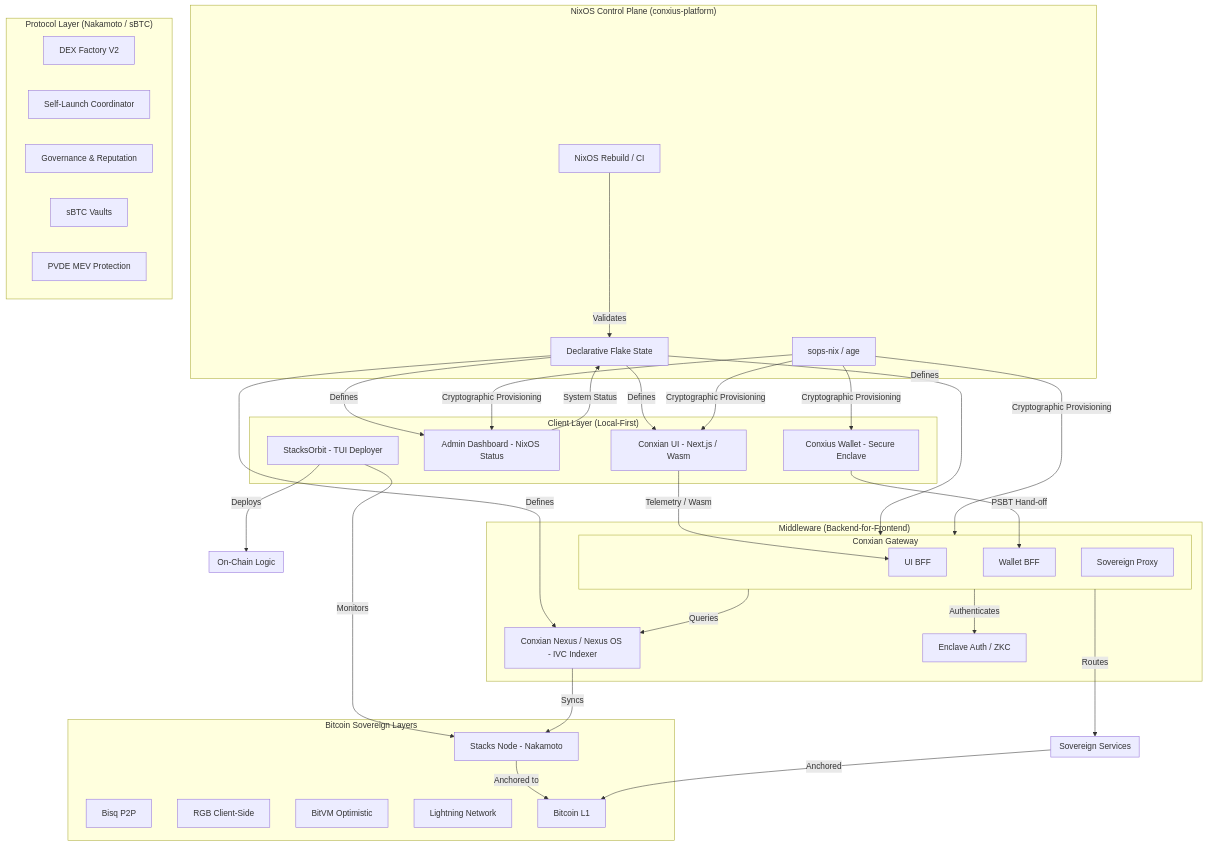
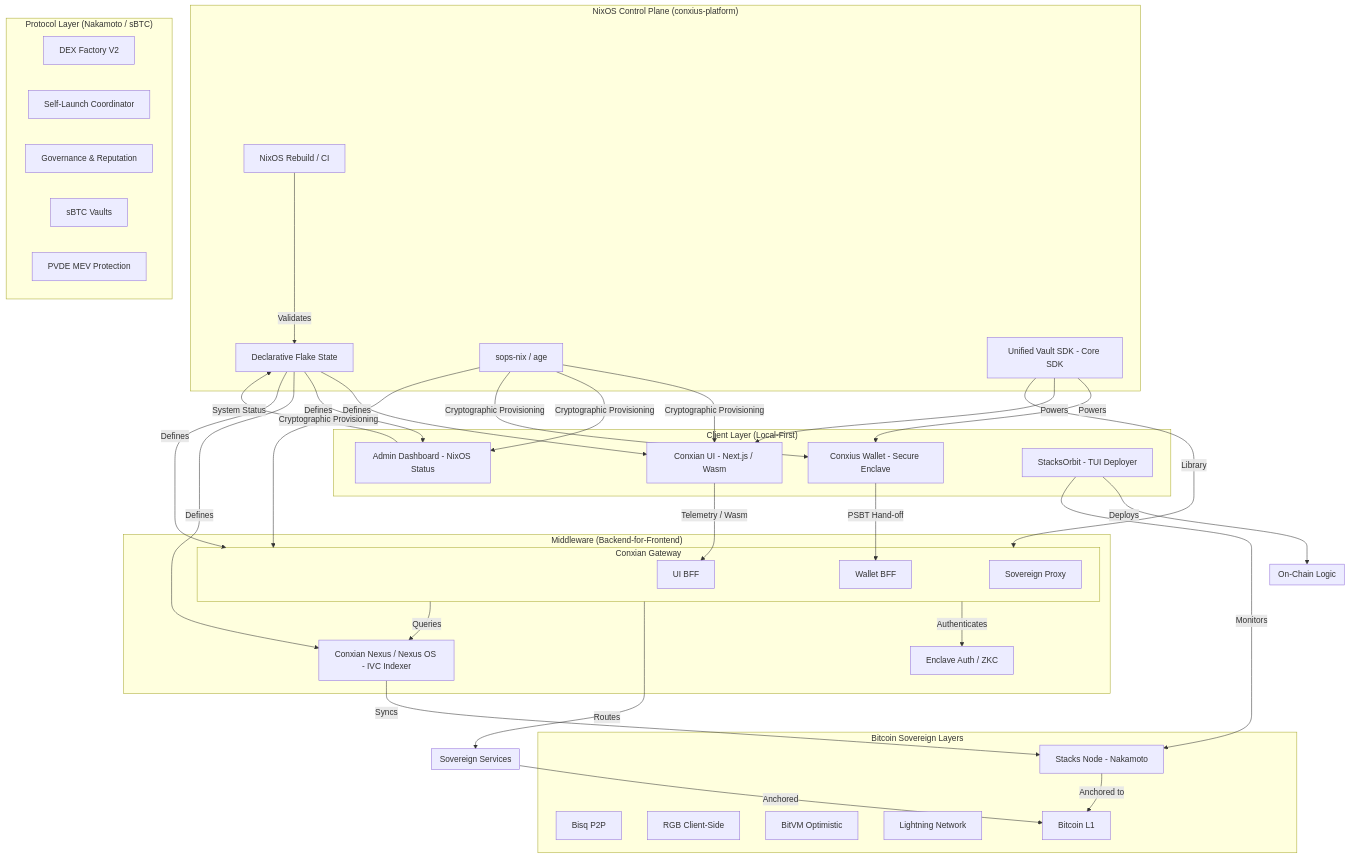
Before and after one commit to Conxian/conxius-platform: the first of 2 diagrams in SYSTEM_GRAPH.md, drawn with Mermaid. The commit also changed other lines of this file and 3 other files, not shown here.

```diff
--- a/SYSTEM_GRAPH.md
+++ b/SYSTEM_GRAPH.md
@@ -12,6 +12,7 @@
         P[Declarative Flake State]
         S[sops-nix / age]
         CI[NixOS Rebuild / CI]
+        SDK[Unified Vault SDK - Core SDK]
     end
 
     subgraph "Middleware (Backend-for-Frontend)"
@@ -53,6 +54,9 @@
     P -->|Defines| ADM
     P -->|Defines| NX
     CI -->|Validates| P
+    SDK -->|Powers| W
+    SDK -->|Powers| UI
+    SDK -->|Library| GW
 
     S -->|Cryptographic Provisioning| GW
     S -->|Cryptographic Provisioning| UI
```
